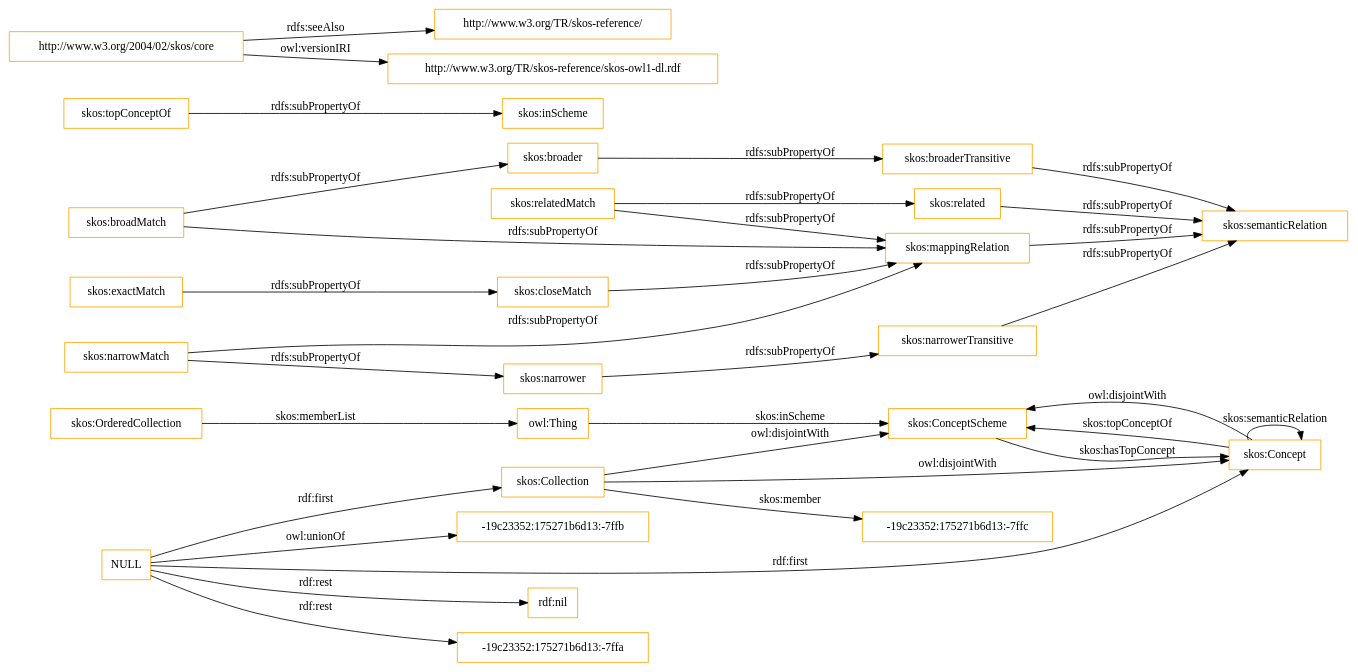
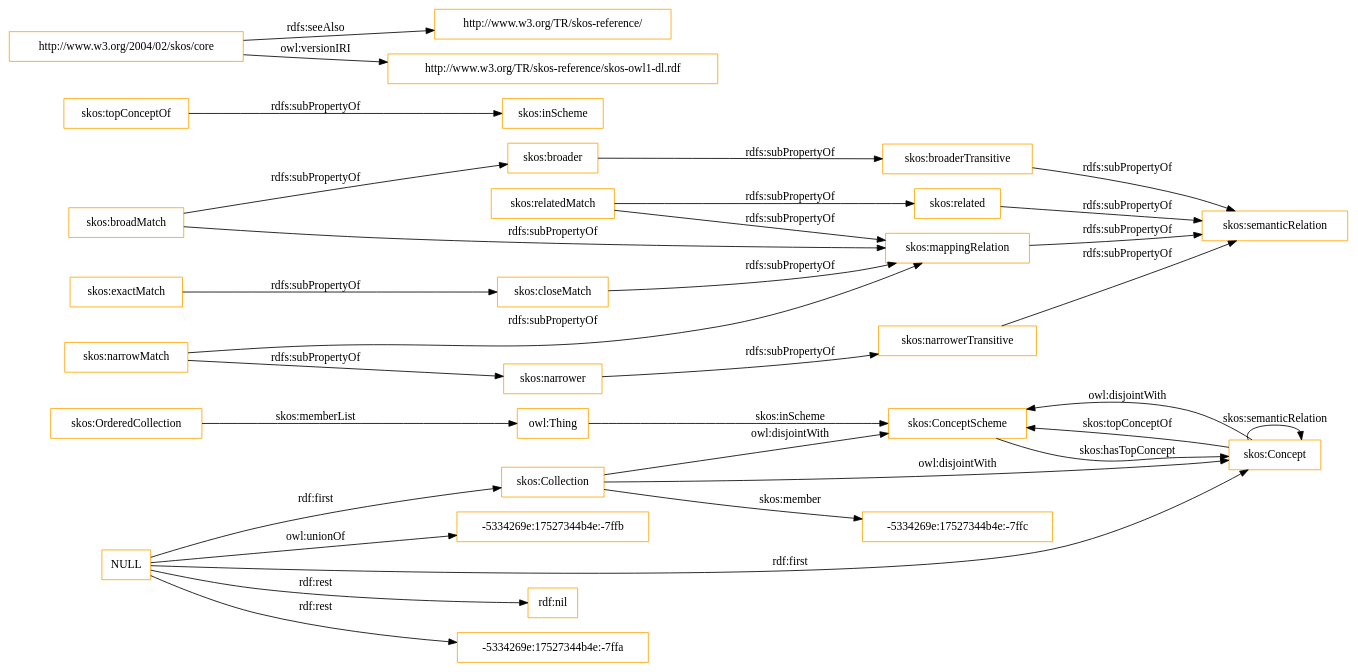
One commit to OnToologyUser/core-ontology-1 changed the diagram in OnToology/imports/skos.owl/diagrams/ar2dtool-class/skos.owl.png.dot. Above: the diagram before and after it, drawn with Graphviz. The commit also changed 14 other files, not shown here.

```diff
--- a/OnToology/imports/skos.owl/diagrams/ar2dtool-class/skos.owl.png.dot
+++ b/OnToology/imports/skos.owl/diagrams/ar2dtool-class/skos.owl.png.dot
@@ -1,37 +1,37 @@
 digraph ar2dtool_diagram { 
 rankdir=LR;
 size="1501"
-node [shape = rectangle, color="orange"]; "skos:OrderedCollection" "skos:ConceptScheme" "skos:Concept" "skos:Collection" "-19c23352:175271b6d13:-7ffc" ; /*classes style*/
+node [shape = rectangle, color="orange"]; "skos:OrderedCollection" "skos:ConceptScheme" "skos:Concept" "skos:Collection" "-5334269e:17527344b4e:-7ffc" ; /*classes style*/
 	"skos:narrowerTransitive" -> "skos:semanticRelation" [ label = "rdfs:subPropertyOf" ];
 	"NULL" -> "rdf:nil" [ label = "rdf:rest" ];
 	"NULL" -> "skos:Concept" [ label = "rdf:first" ];
-	"NULL" -> "-19c23352:175271b6d13:-7ffa" [ label = "rdf:rest" ];
+	"NULL" -> "-5334269e:17527344b4e:-7ffa" [ label = "rdf:rest" ];
 	"NULL" -> "skos:Collection" [ label = "rdf:first" ];
-	"NULL" -> "-19c23352:175271b6d13:-7ffb" [ label = "owl:unionOf" ];
+	"NULL" -> "-5334269e:17527344b4e:-7ffb" [ label = "owl:unionOf" ];
 	"skos:closeMatch" -> "skos:mappingRelation" [ label = "rdfs:subPropertyOf" ];
 	"skos:Concept" -> "skos:ConceptScheme" [ label = "owl:disjointWith" ];
 	"skos:relatedMatch" -> "skos:related" [ label = "rdfs:subPropertyOf" ];
 	"skos:relatedMatch" -> "skos:mappingRelation" [ label = "rdfs:subPropertyOf" ];
 	"skos:related" -> "skos:semanticRelation" [ label = "rdfs:subPropertyOf" ];
 	"skos:topConceptOf" -> "skos:inScheme" [ label = "rdfs:subPropertyOf" ];
 	"skos:broadMatch" -> "skos:mappingRelation" [ label = "rdfs:subPropertyOf" ];
 	"skos:broadMatch" -> "skos:broader" [ label = "rdfs:subPropertyOf" ];
 	"skos:exactMatch" -> "skos:closeMatch" [ label = "rdfs:subPropertyOf" ];
 	"skos:broaderTransitive" -> "skos:semanticRelation" [ label = "rdfs:subPropertyOf" ];
 	"skos:broader" -> "skos:broaderTransitive" [ label = "rdfs:subPropertyOf" ];
 	"skos:mappingRelation" -> "skos:semanticRelation" [ label = "rdfs:subPropertyOf" ];
 	"http://www.w3.org/2004/02/skos/core" -> "http://www.w3.org/TR/skos-reference/" [ label = "rdfs:seeAlso" ];
 	"http://www.w3.org/2004/02/skos/core" -> "http://www.w3.org/TR/skos-reference/skos-owl1-dl.rdf" [ label = "owl:versionIRI" ];
 	"skos:Collection" -> "skos:ConceptScheme" [ label = "owl:disjointWith" ];
 	"skos:Collection" -> "skos:Concept" [ label = "owl:disjointWith" ];
 	"skos:narrower" -> "skos:narrowerTransitive" [ label = "rdfs:subPropertyOf" ];
 	"skos:narrowMatch" -> "skos:narrower" [ label = "rdfs:subPropertyOf" ];
 	"skos:narrowMatch" -> "skos:mappingRelation" [ label = "rdfs:subPropertyOf" ];
 	"skos:OrderedCollection" -> "owl:Thing" [ label = "skos:memberList" ];
 	"skos:Concept" -> "skos:ConceptScheme" [ label = "skos:topConceptOf" ];
 	"skos:Concept" -> "skos:Concept" [ label = "skos:semanticRelation" ];
-	"skos:Collection" -> "-19c23352:175271b6d13:-7ffc" [ label = "skos:member" ];
+	"skos:Collection" -> "-5334269e:17527344b4e:-7ffc" [ label = "skos:member" ];
 	"skos:ConceptScheme" -> "skos:Concept" [ label = "skos:hasTopConcept" ];
 	"owl:Thing" -> "skos:ConceptScheme" [ label = "skos:inScheme" ];
 
 }
```
